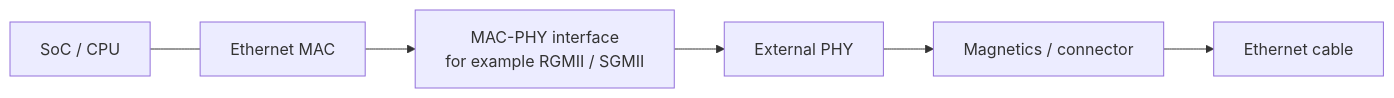
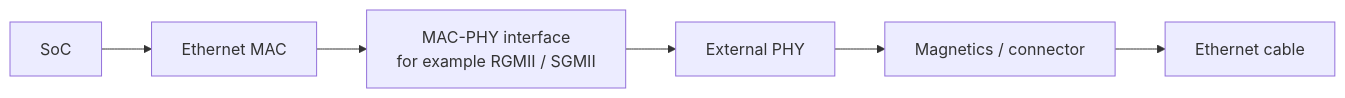
The third of 8 diagrams in courses/nic-firmware/02-ethernet-wire-to-mac.md (spencerbug/spencerbug.github.io), drawn with Mermaid before and after one commit. The commit also changed other lines of this file, not shown here.

````diff
--- a/courses/nic-firmware/02-ethernet-wire-to-mac.md
+++ b/courses/nic-firmware/02-ethernet-wire-to-mac.md
@@ -94,11 +107,8 @@
 ```mermaid
 flowchart LR
-    CPU["SoC / CPU"]
-    MAC["Ethernet MAC"]
-    IFACE["MAC-PHY interface<br/>for example RGMII / SGMII"]
-    PHY["External PHY"]
-    MAG["Magnetics / connector"]
-    CABLE["Ethernet cable"]
-
-    CPU --- MAC --> IFACE --> PHY --> MAG --> CABLE
+    SOC["SoC"] --> MAC["Ethernet MAC"]
+    MAC --> IFACE["MAC-PHY interface<br/>for example RGMII / SGMII"]
+    IFACE --> PHY["External PHY"]
+    PHY --> MAG["Magnetics / connector"]
+    MAG --> CABLE["Ethernet cable"]
 ```
````
